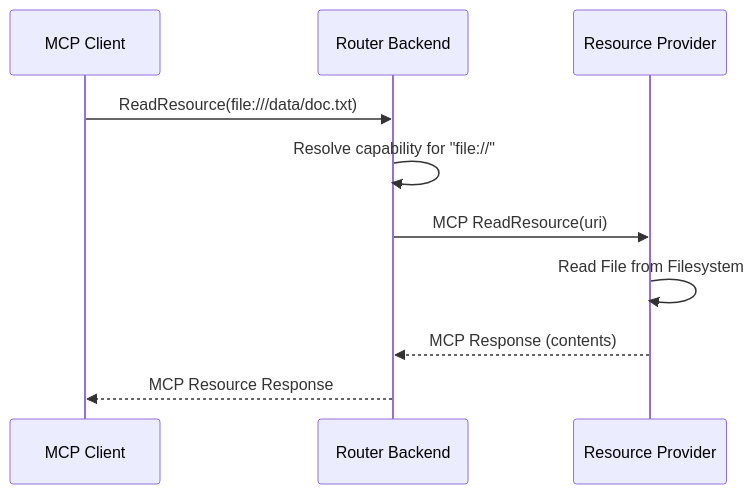
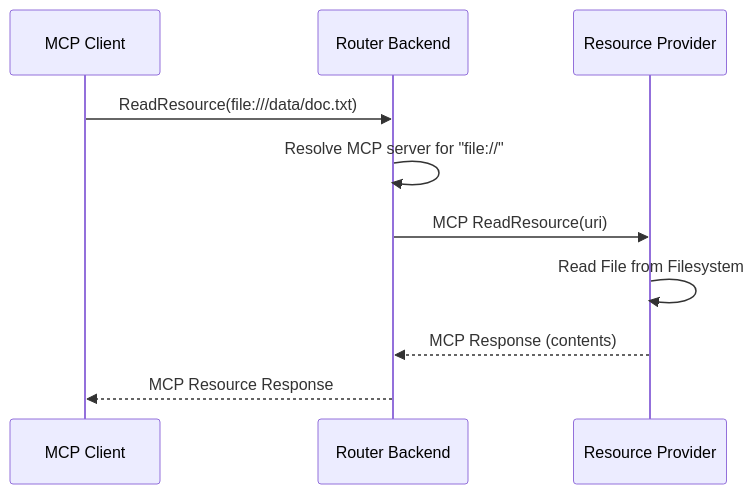
Before and after one commit to orpiske/wanaku-barn: the first of 2 diagrams in docs/wanaku-router-internals.md, drawn with Mermaid. The commit also changed other lines of this file and 3 other files, not shown here.

````diff
--- a/docs/wanaku-router-internals.md
+++ b/docs/wanaku-router-internals.md
@@ -49,13 +49,13 @@
 ```mermaid
 sequenceDiagram
     participant MCP as MCP Client
     participant Router as Router Backend
     participant Provider as Resource Provider
 
     MCP->>Router: ReadResource(file:///data/doc.txt)
-    Router->>Router: Resolve capability for "file://"
+    Router->>Router: Resolve MCP server for "file://"
     Router->>Provider: MCP ReadResource(uri)
     Provider->>Provider: Read File from Filesystem
     Provider-->>Router: MCP Response (contents)
     Router-->>MCP: MCP Resource Response
 ```
````
